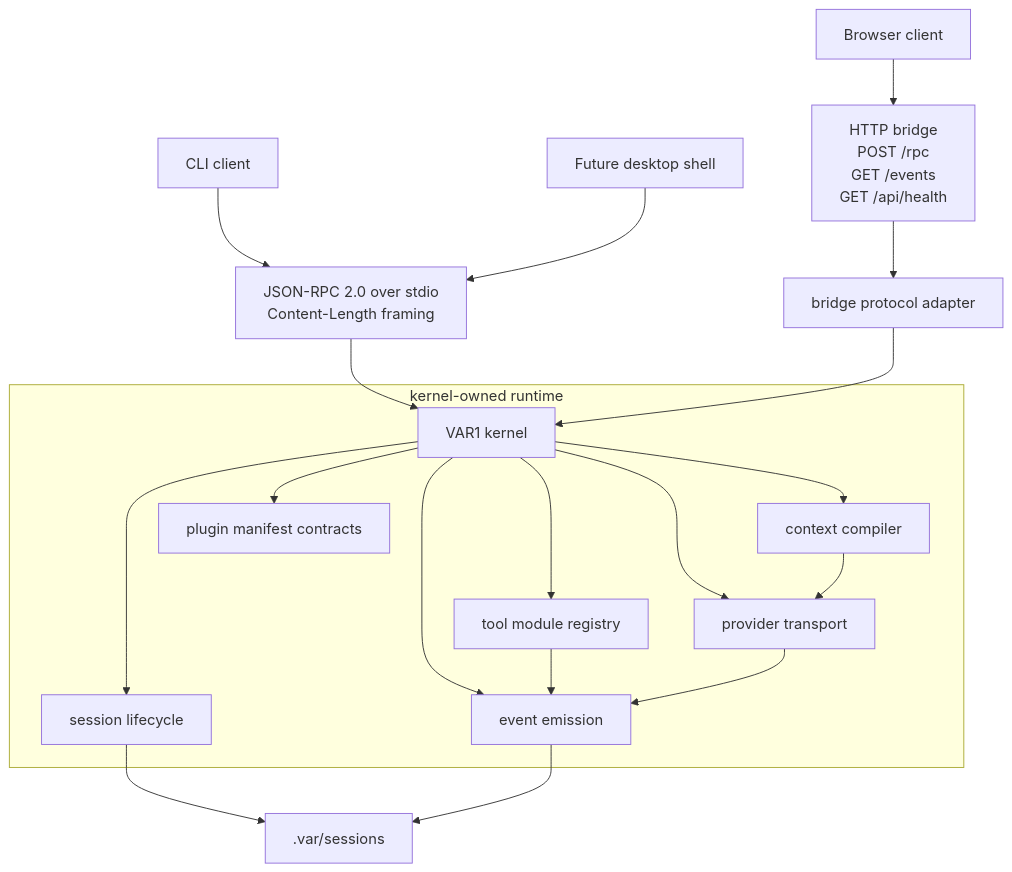
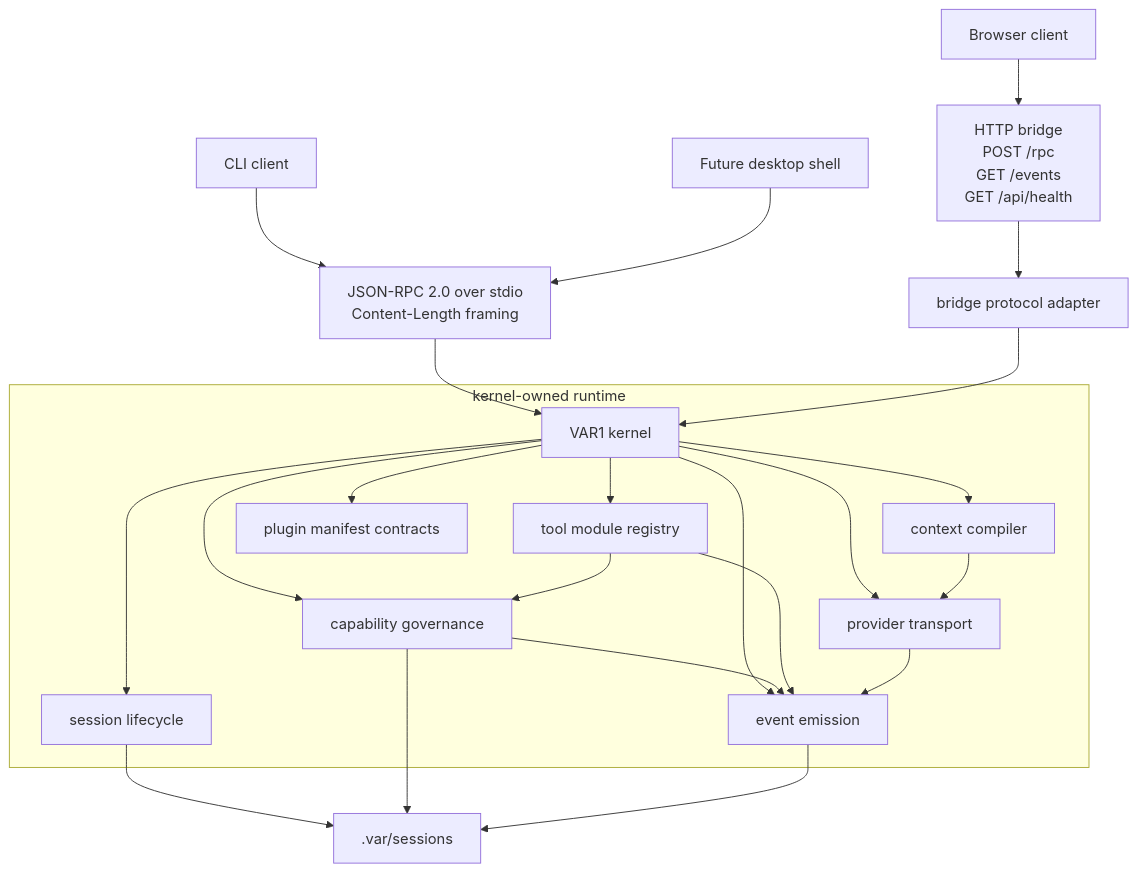
The first of 3 diagrams in README.md (savageops/VANTARI-ONE), drawn with Mermaid before and after one commit. The commit also changed other lines of this file and 20 other files, not shown here.

First line of the commit message:
feat(var1): add agent capability governance

````diff
--- a/README.md
+++ b/README.md
@@ -65,29 +66,33 @@
 ```mermaid
 flowchart TB
   cli["CLI client"]
   browser["Browser client"]
   desktop["Future desktop shell"]
 
   cli --> stdio["JSON-RPC 2.0 over stdio<br/>Content-Length framing"]
   desktop --> stdio
   browser --> bridge["HTTP bridge<br/>POST /rpc<br/>GET /events<br/>GET /api/health"]
 
   bridge --> adapter["bridge protocol adapter"]
   stdio --> kernel["VAR1 kernel"]
   adapter --> kernel
 
   subgraph core["kernel-owned runtime"]
     kernel --> sessions["session lifecycle"]
     kernel --> context["context compiler"]
     kernel --> tools["tool module registry"]
+    kernel --> governance["capability governance"]
     kernel --> plugins["plugin manifest contracts"]
     kernel --> provider["provider transport"]
     kernel --> events["event emission"]
   end
 
   sessions --> sessionState[".var/sessions"]
   context --> provider
+  tools --> governance
+  governance --> events
+  governance --> sessionState
   tools --> events
   provider --> events
   events --> sessionState
 ```
````
